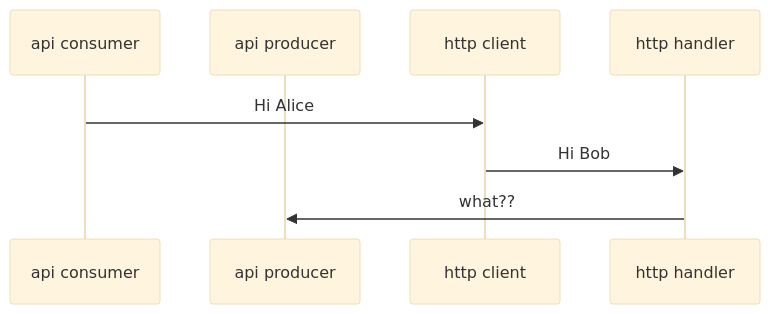
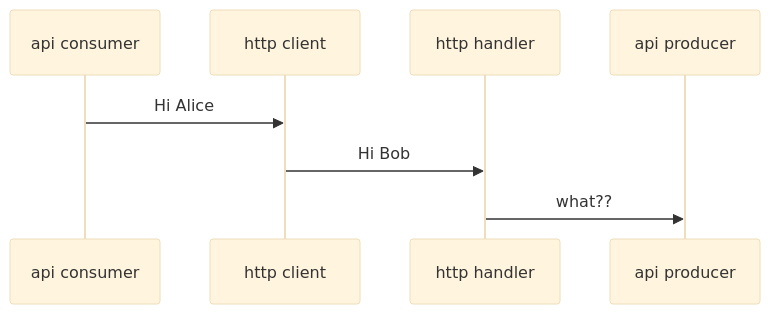
One commit to OData/odata.net changed the diagram in docs/architecture.md. Above: the diagram before and after it, drawn with Mermaid (base theme). The commit also changed other lines of this file, not shown here.

````diff
--- a/docs/architecture.md
+++ b/docs/architecture.md
@@ -221,10 +221,10 @@
 ```mermaid
 sequenceDiagram
     participant api consumer
-    participant api producer
     participant http client
     participant http handler
+    participant api producer
     api consumer->>http client: Hi Alice
     http client->>http handler: Hi Bob
     http handler->>api producer: what??
 ```
````
